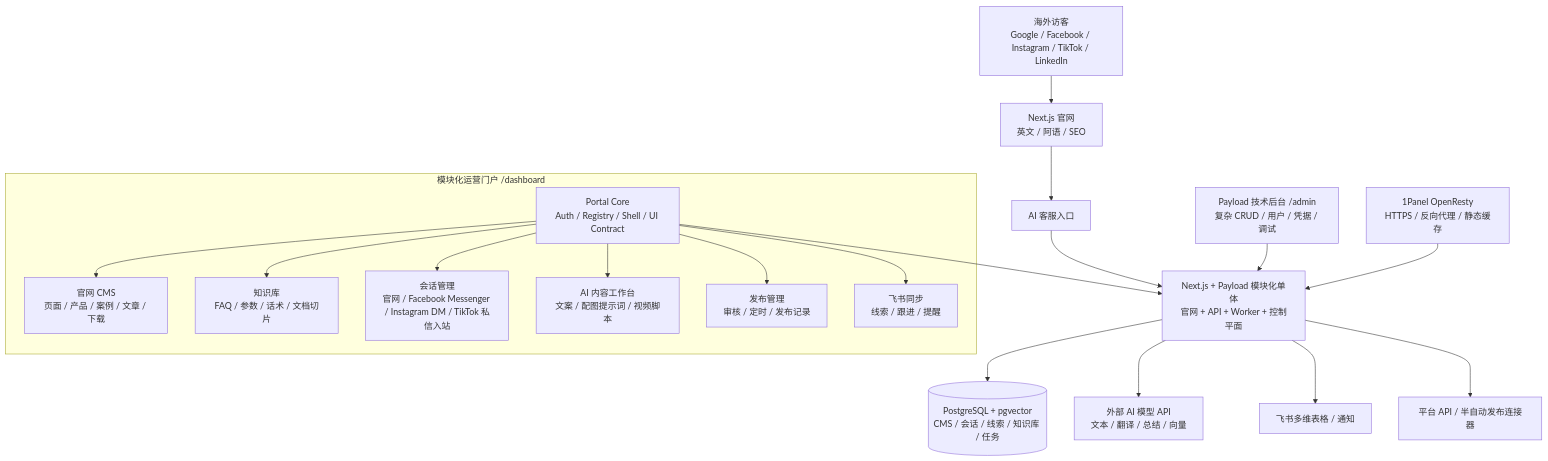
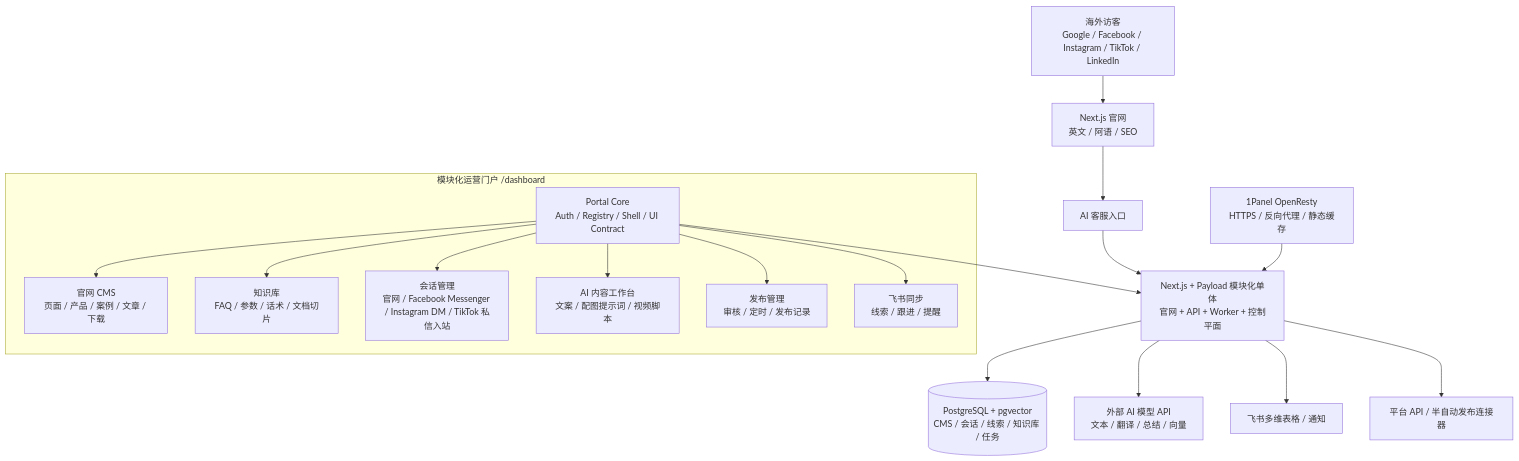
Before and after one commit to jueyunai/ivybm: the diagram in docs/architecture/一期技术选型与部署架构规划.md, drawn with Mermaid. The commit also changed other lines of this file and 17 other files, not shown here.

````diff
--- a/docs/architecture/一期技术选型与部署架构规划.md
+++ b/docs/architecture/一期技术选型与部署架构规划.md
@@ -93,32 +93,31 @@
 ```mermaid
 flowchart TB
     U["海外访客<br/>Google / Facebook / Instagram / TikTok / LinkedIn"] --> W["Next.js 官网<br/>英文 / 阿语 / SEO"]
     W --> CHAT["AI 客服入口"]
     CHAT --> APP["Next.js + Payload 模块化单体<br/>官网 + API + Worker + 控制平面"]
 
     subgraph ADMIN["模块化运营门户 /dashboard"]
         CORE["Portal Core<br/>Auth / Registry / Shell / UI Contract"]
         CMS["官网 CMS<br/>页面 / 产品 / 案例 / 文章 / 下载"]
         KB["知识库<br/>FAQ / 参数 / 话术 / 文档切片"]
         MSG["会话管理<br/>官网 / Facebook Messenger / Instagram DM / TikTok 私信入站"]
         CW["AI 内容工作台<br/>文案 / 配图提示词 / 视频脚本"]
         PUB["发布管理<br/>审核 / 定时 / 发布记录"]
         CRM["飞书同步<br/>线索 / 跟进 / 提醒"]
     end
 
-    TECH["Payload 技术后台 /admin<br/>复杂 CRUD / 用户 / 凭据 / 调试"] --> APP
     CORE --> APP
     CORE --> CMS
     CORE --> KB
     CORE --> MSG
     CORE --> CW
     CORE --> PUB
     CORE --> CRM
 
     APP --> DB[("PostgreSQL + pgvector<br/>CMS / 会话 / 线索 / 知识库 / 任务")]
     APP --> AI["外部 AI 模型 API<br/>文本 / 翻译 / 总结 / 向量"]
     APP --> FEISHU["飞书多维表格 / 通知"]
     APP --> SOCIAL["平台 API / 半自动发布连接器"]
 
     OPENRESTY["1Panel OpenResty<br/>HTTPS / 反向代理 / 静态缓存"] --> APP
 ```
````
